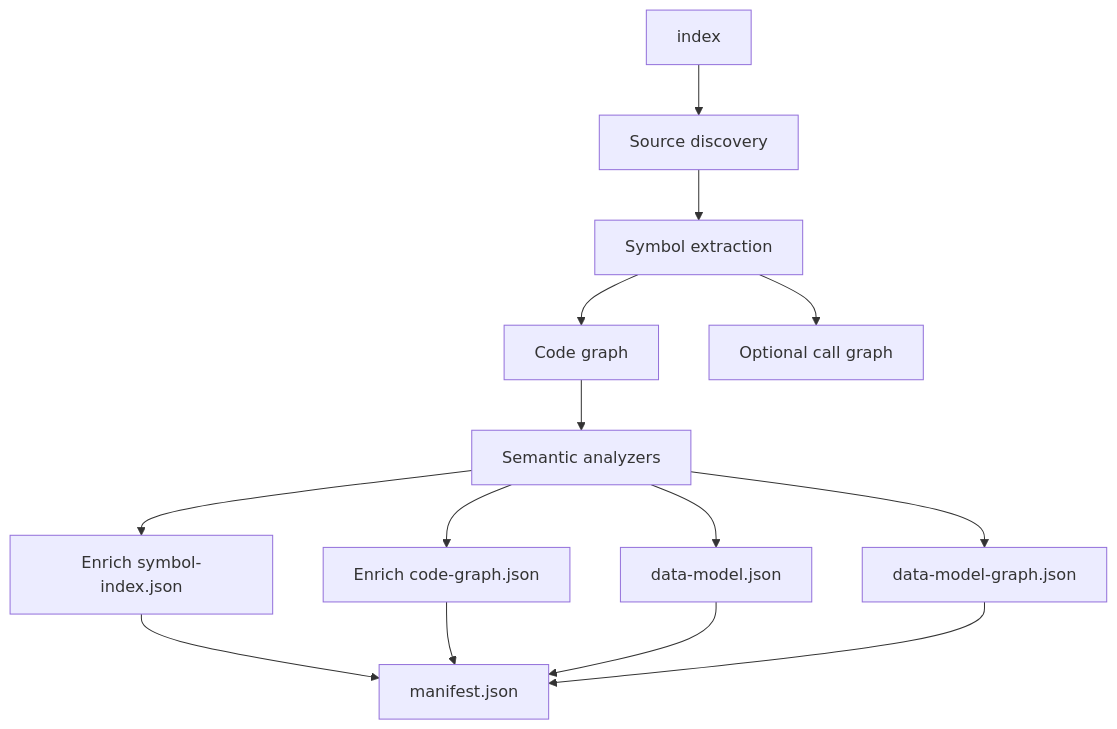
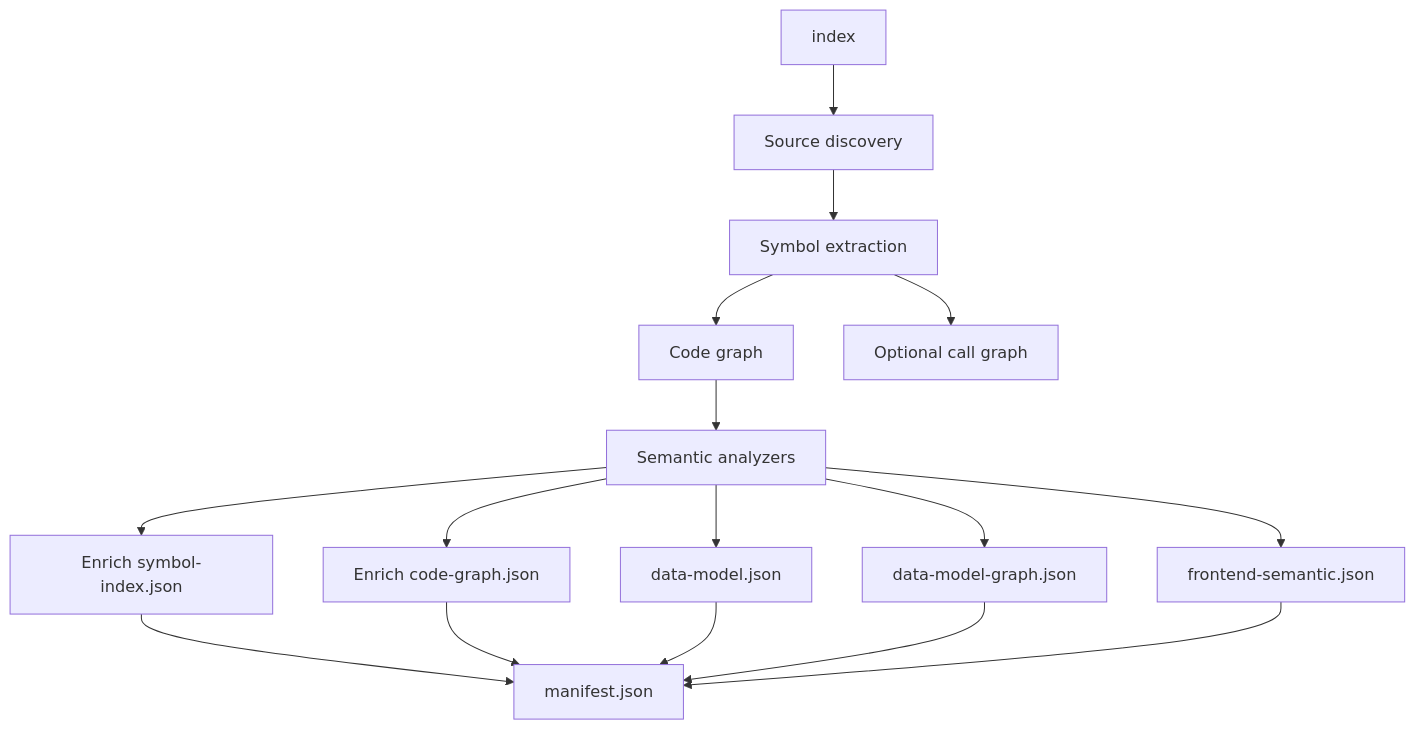
One commit to dailephd/my-dev-kit changed the diagram in docs/ARCHITECTURE.md. Above: the diagram before and after it, drawn with Mermaid. The commit also changed other lines of this file and 8 other files, not shown here.

````diff
--- a/docs/ARCHITECTURE.md
+++ b/docs/ARCHITECTURE.md
@@ -36,16 +39,18 @@
 ```mermaid
 flowchart TD
   A[index] --> B[Source discovery]
   B --> C[Symbol extraction]
   C --> D[Code graph]
   C --> E[Optional call graph]
   D --> F[Semantic analyzers]
   F --> G[Enrich symbol-index.json]
   F --> H[Enrich code-graph.json]
   F --> I[data-model.json]
   F --> J[data-model-graph.json]
+  F --> N[frontend-semantic.json]
   G --> K[manifest.json]
   H --> K
   I --> K
   J --> K
+  N --> K
 ```
````
